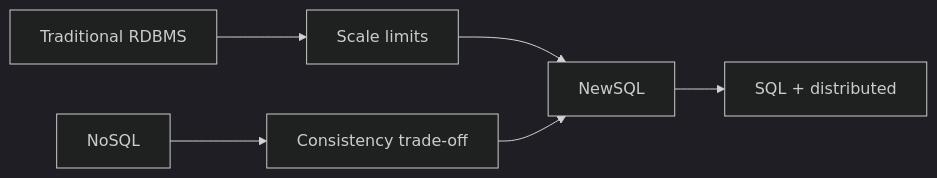
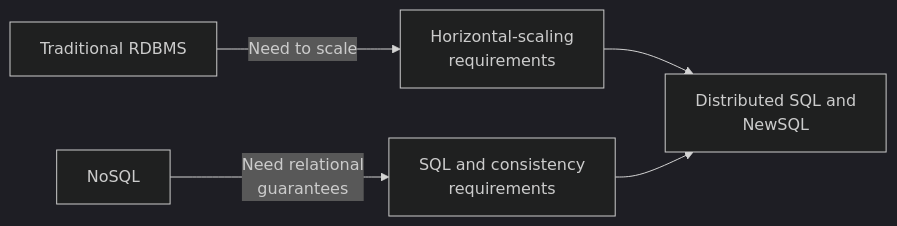
The first of 3 diagrams in articles/report/newsql-yugabyte-brief/en/index.mdx (daylight55/research), drawn with Mermaid (dark theme) before and after one commit. The commit also changed other lines of this file and 181 other files, not shown here.

First line of the commit message:
全記事の図解368点を再生成し、共通注意書きを削除 (#402)

````diff
--- a/articles/report/newsql-yugabyte-brief/en/index.mdx
+++ b/articles/report/newsql-yugabyte-brief/en/index.mdx
@@ -38,8 +38,14 @@
 ```mermaid
 flowchart LR
-  RDB["Traditional RDBMS"] --> Gap["Scale limits"]
-  NoSQL["NoSQL"] --> Trade["Consistency trade-off"]
-  Gap --> NewSQL["NewSQL"]
-  Trade --> NewSQL
-  NewSQL --> Goal["SQL + distributed"]
+  accTitle: Two requirements addressed by distributed SQL
+  accDescr: Examine relational scaling needs and NoSQL consistency and SQL needs separately when considering distributed SQL.
+  N0["Traditional RDBMS"]
+  N1["Horizontal-scaling<br/>requirements"]
+  N2["NoSQL"]
+  N3["SQL and consistency<br/>requirements"]
+  N4["Distributed SQL and<br/>NewSQL"]
+  N0 -->|Need to scale| N1
+  N2 -->|Need relational<br/>guarantees| N3
+  N1 --> N4
+  N3 --> N4
 ```
````
